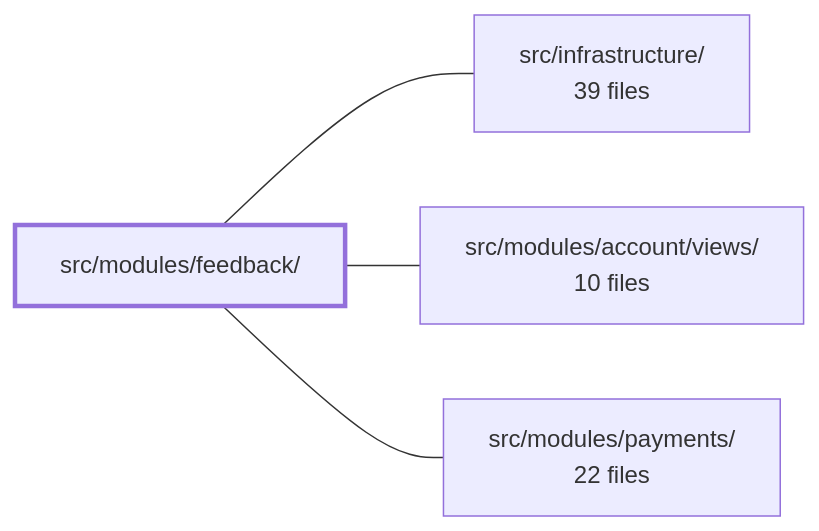
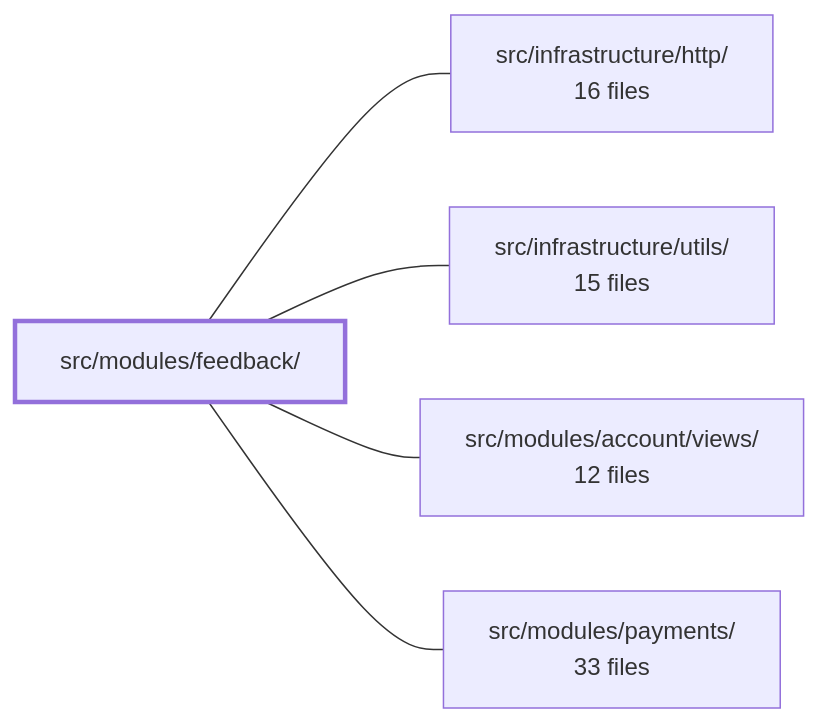
The diagram in .2brain/modules/boilerplate-vue-frontend_src_modules_feedback.md (Guebbit/boilerplate-vue-frontend), drawn with Mermaid before and after one commit. The commit also changed other lines of this file and 960 other files, not shown here.

````diff
--- a/.2brain/modules/boilerplate-vue-frontend_src_modules_feedback.md
+++ b/.2brain/modules/boilerplate-vue-frontend_src_modules_feedback.md
@@ -35,11 +39,13 @@
 ```mermaid
 flowchart LR
     m_src_modules_feedback["src/modules/feedback/"]
-    m_src_infrastructure["src/infrastructure/<br/>39 files"]
-    m_src_modules_account_views["src/modules/account/views/<br/>10 files"]
-    m_src_modules_payments["src/modules/payments/<br/>22 files"]
-    m_src_modules_feedback --- m_src_infrastructure
+    m_src_infrastructure_http["src/infrastructure/http/<br/>16 files"]
+    m_src_infrastructure_utils["src/infrastructure/utils/<br/>15 files"]
+    m_src_modules_account_views["src/modules/account/views/<br/>12 files"]
+    m_src_modules_payments["src/modules/payments/<br/>33 files"]
+    m_src_modules_feedback --- m_src_infrastructure_http
+    m_src_modules_feedback --- m_src_infrastructure_utils
     m_src_modules_feedback --- m_src_modules_account_views
     m_src_modules_feedback --- m_src_modules_payments
     style m_src_modules_feedback stroke-width:3px
 ```
````
